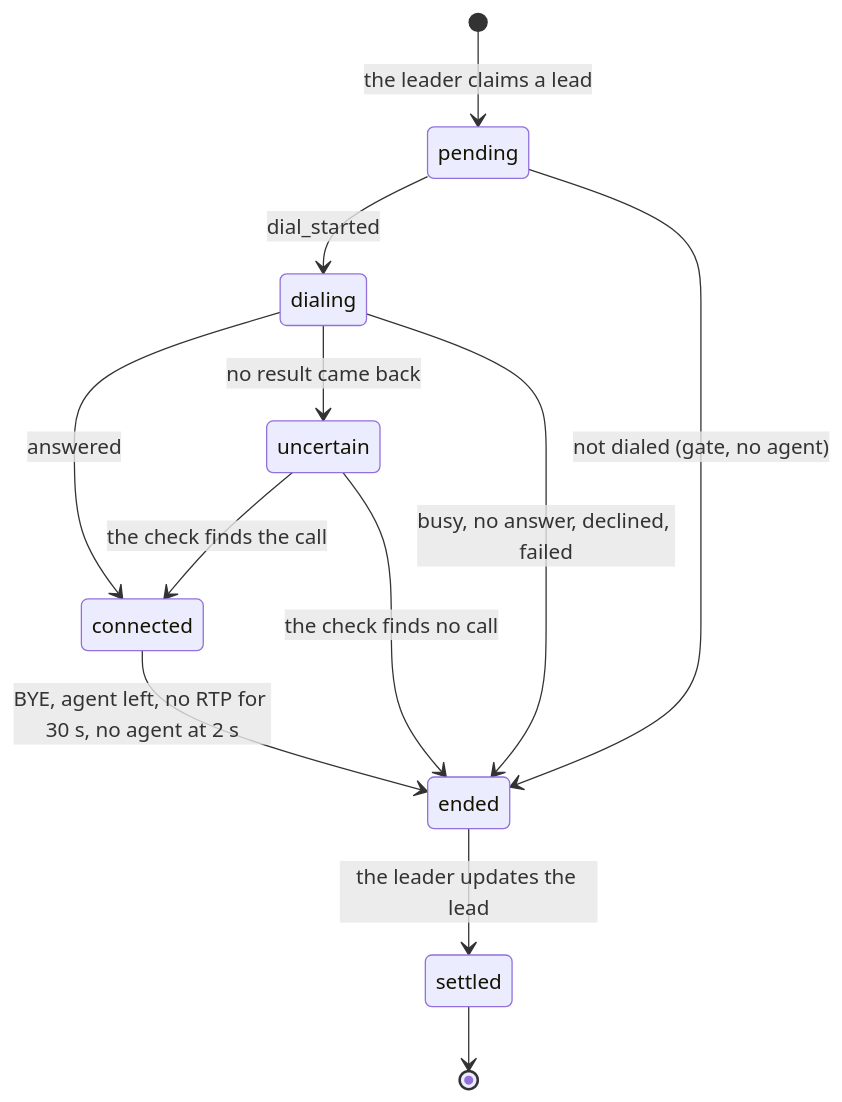
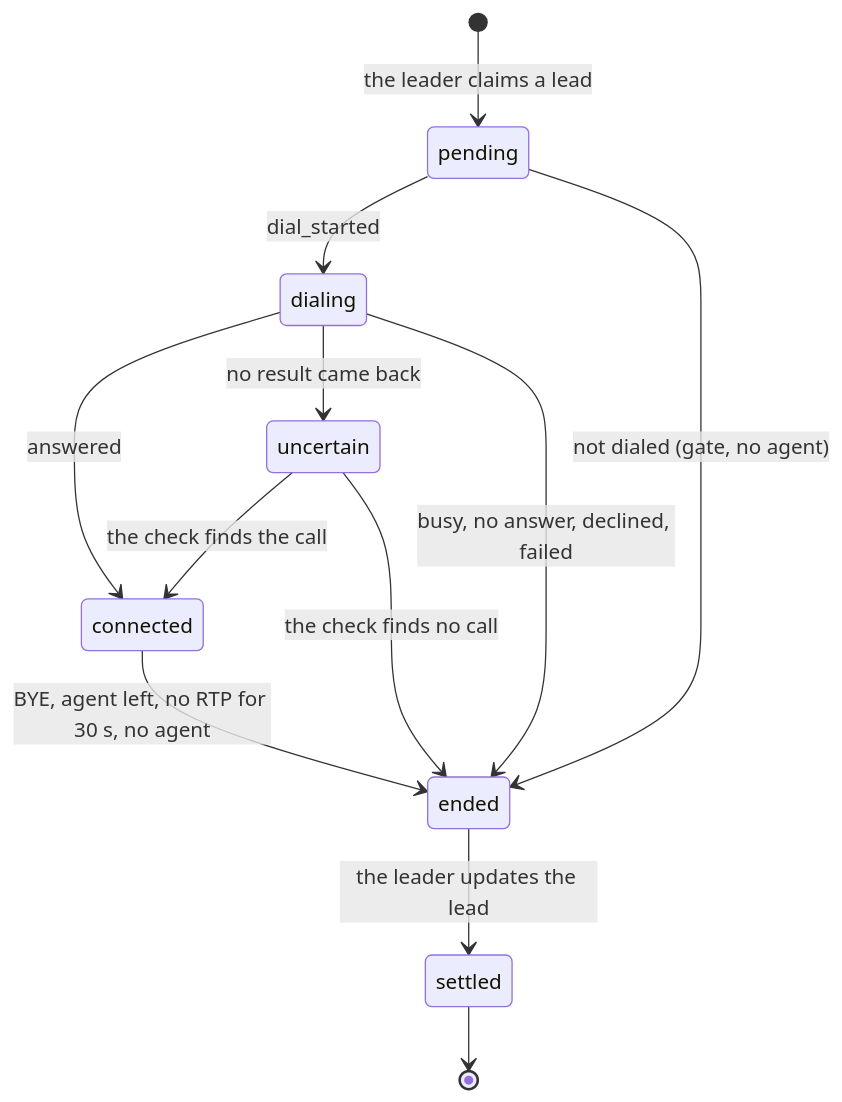
Before and after one commit to sandys/swarmpbx: the eighth of 10 diagrams in README.md, drawn with Mermaid. The commit also changed other lines of this file and 84 other files, not shown here.

````diff
--- a/README.md
+++ b/README.md
@@ -323,14 +392,14 @@
 ```mermaid
 stateDiagram-v2
     [*] --> pending: the leader claims a lead
     pending --> dialing: dial_started
     pending --> ended: not dialed (gate, no agent)
     dialing --> connected: answered
     dialing --> uncertain: no result came back
     dialing --> ended: busy, no answer, declined, failed
     uncertain --> connected: the check finds the call
     uncertain --> ended: the check finds no call
-    connected --> ended: BYE, agent left, no RTP for 30 s, no agent at 2 s
+    connected --> ended: BYE, agent left, no RTP for 30 s, no agent
     ended --> settled: the leader updates the lead
     settled --> [*]
 ```
````
